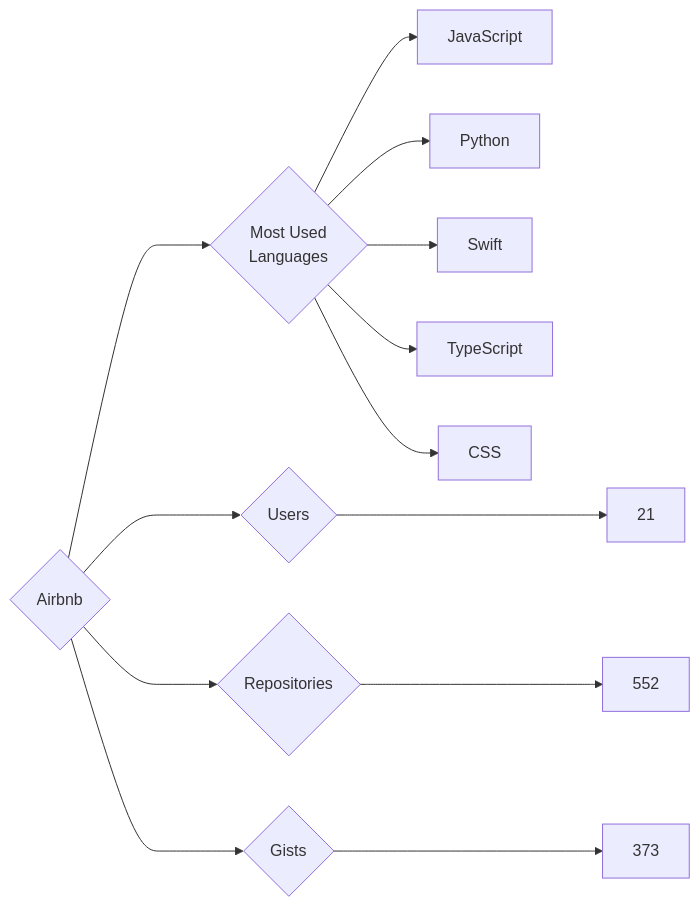
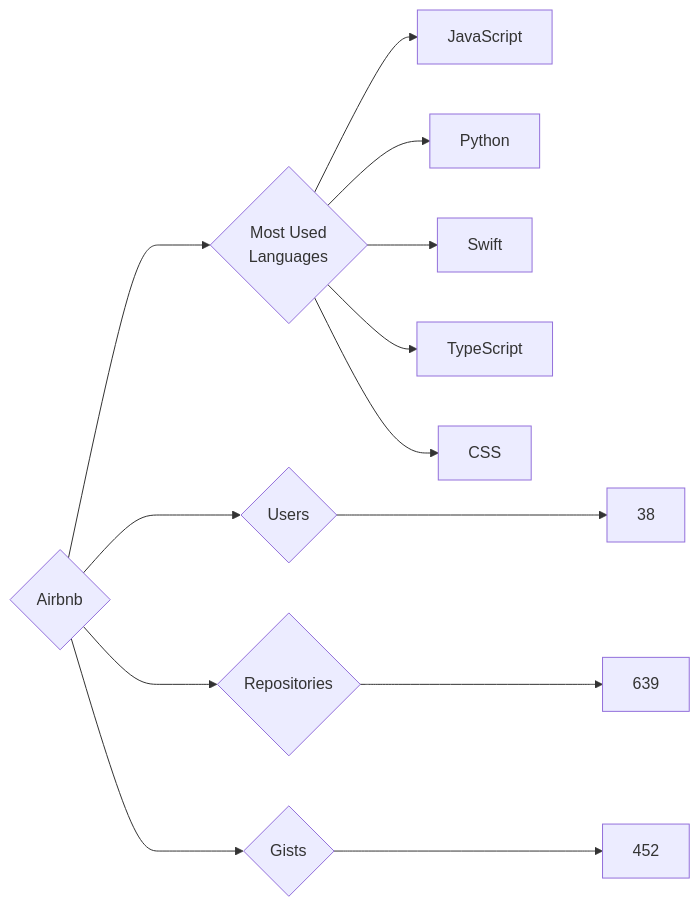
Before and after one commit to trickest/insiders: the diagram in targets/Airbnb/README.md, drawn with Mermaid. The commit also changed 951 other files, not shown here.

````diff
--- a/targets/Airbnb/README.md
+++ b/targets/Airbnb/README.md
@@ -3,13 +3,13 @@
 ```mermaid
 graph LR
 COMPANY_NAME{Airbnb}
-COMPANY_NAME ---> U{Users} ---> UN[21]
-COMPANY_NAME ---> R{Repositories} ---> RN[552]
-COMPANY_NAME ---> G{Gists} ---> GN[373]
+COMPANY_NAME ---> U{Users} ---> UN[38]
+COMPANY_NAME ---> R{Repositories} ---> RN[639]
+COMPANY_NAME ---> G{Gists} ---> GN[452]
 COMPANY_NAME ---> ML{Most Used<br>Languages}
-ML --> JavaScript
-ML --> Python
-ML --> Swift
-ML --> TypeScript
-ML --> CSS
+ML --> JavaScript[JavaScript]
+ML --> Python[Python]
+ML --> Swift[Swift]
+ML --> TypeScript[TypeScript]
+ML --> CSS[CSS]
 ```
````
